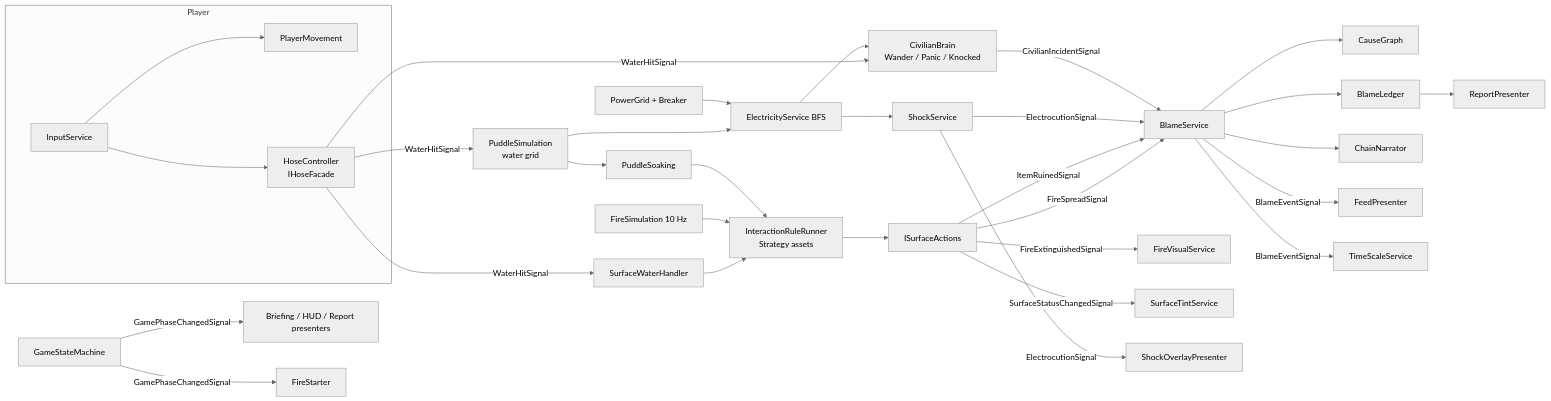
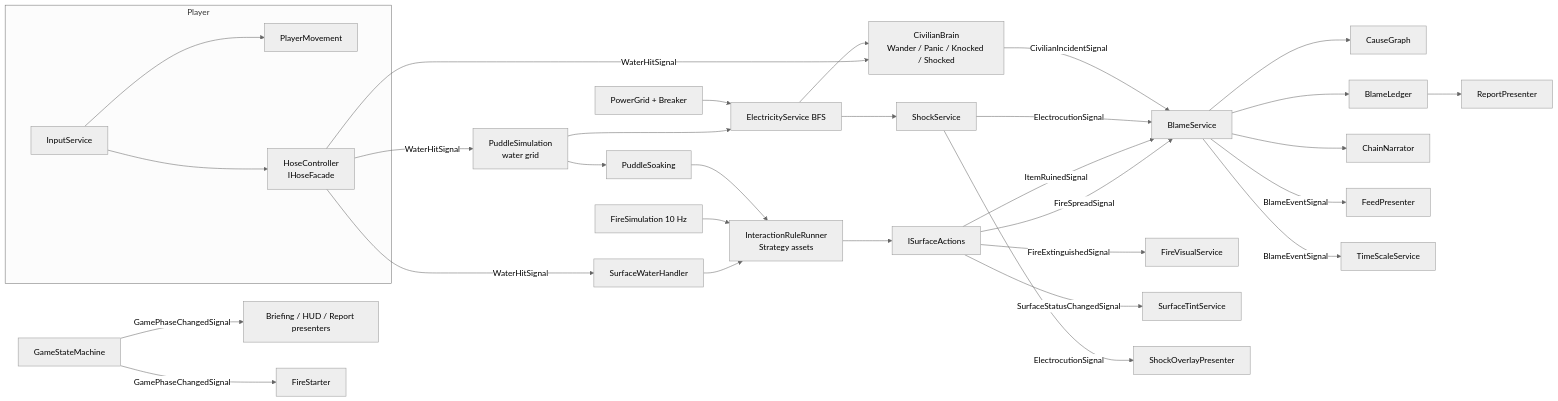
One commit to RostyslavBB/FlameAndBlame changed the first of 2 diagrams in Docs/ARCHITECTURE.md. Above: the diagram before and after it, drawn with Mermaid (neutral theme). The commit also changed other lines of this file and 120 other files, not shown here.

````diff
--- a/Docs/ARCHITECTURE.md
+++ b/Docs/ARCHITECTURE.md
@@ -25,33 +25,33 @@
 ```mermaid
 flowchart LR
   subgraph Player
     Input[InputService] --> Move[PlayerMovement]
     Input --> Hose[HoseController<br/>IHoseFacade]
   end
   Hose -- WaterHitSignal --> SurfWater[SurfaceWaterHandler]
   Hose -- WaterHitSignal --> Puddles[PuddleSimulation<br/>water grid]
   SurfWater --> Rules[InteractionRuleRunner<br/>Strategy assets]
   FireSim[FireSimulation 10 Hz] --> Rules
   Rules --> Actions[ISurfaceActions]
   Actions -- FireSpreadSignal --> Blame
   Actions -- ItemRuinedSignal --> Blame
   Actions -- FireExtinguishedSignal --> FireVfx[FireVisualService]
   Actions -- SurfaceStatusChangedSignal --> Tint[SurfaceTintService]
   Puddles --> Elec[ElectricityService BFS]
   Puddles --> Soak[PuddleSoaking] --> Rules
   Grid[PowerGrid + Breaker] --> Elec
   Elec --> Shock[ShockService]
   Shock -- ElectrocutionSignal --> Blame[BlameService]
   Blame --> Graph[CauseGraph]
   Blame --> Ledger[BlameLedger]
   Blame --> Narrator[ChainNarrator]
   Blame -- BlameEventSignal --> Feed[FeedPresenter]
   Blame -- BlameEventSignal --> TimeFx[TimeScaleService]
   Flow[GameStateMachine] -- GamePhaseChangedSignal --> UI[Briefing / HUD / Report presenters]
   Flow -- GamePhaseChangedSignal --> Starter[FireStarter]
-  Hose -- WaterHitSignal --> Npc[CivilianBrain<br/>Wander / Panic / Knocked]
+  Hose -- WaterHitSignal --> Npc[CivilianBrain<br/>Wander / Panic / Knocked / Shocked]
   Elec --> Npc
   Npc -- CivilianIncidentSignal --> Blame
   Shock -- ElectrocutionSignal --> ShockUi[ShockOverlayPresenter]
   Ledger --> Report[ReportPresenter]
 ```
````
